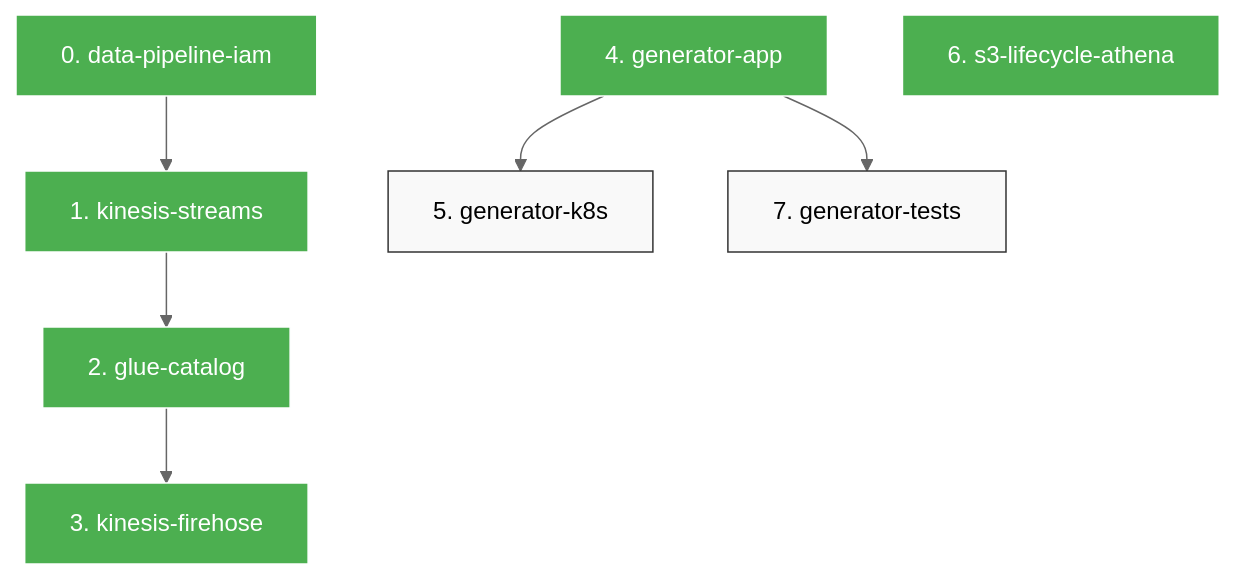
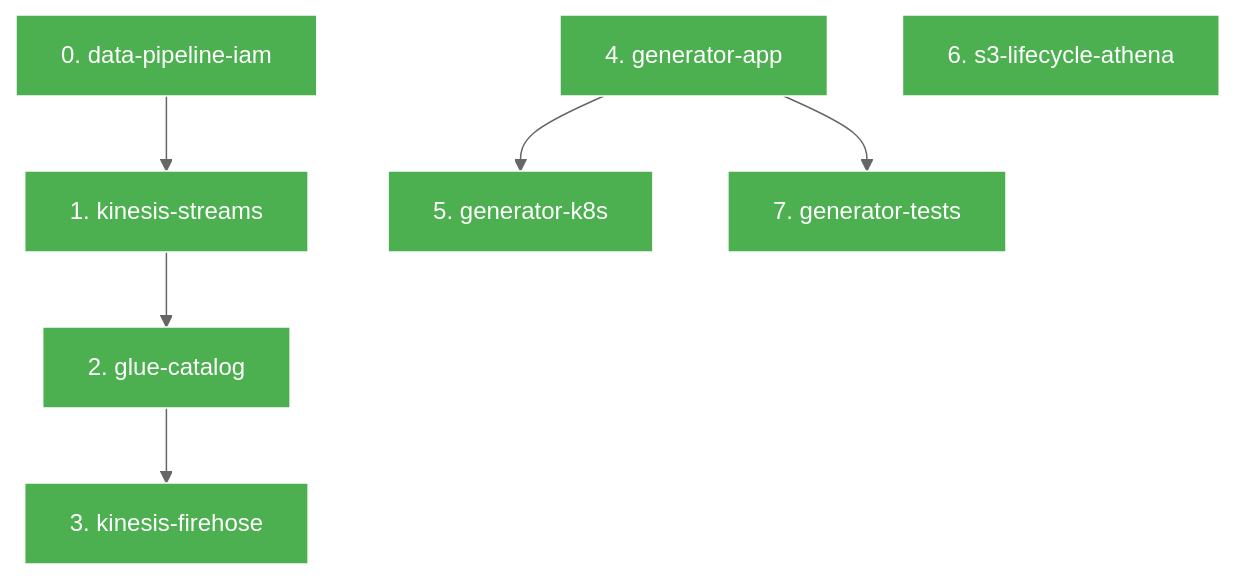
One commit to masondev1024/robot-data-pipeline changed the diagram in phases/1-ingestion/DAG.md. Above: the diagram before and after it, drawn with Mermaid (neutral theme). The commit also changed 2 other files, not shown here.

Commit message:
chore(1-ingestion): mark phase completed

````diff
--- a/phases/1-ingestion/DAG.md
+++ b/phases/1-ingestion/DAG.md
@@ -3,28 +3,28 @@
 ```mermaid
 graph TD
   classDef completed fill:#4CAF50,stroke:#fff,color:#fff;
   classDef pending fill:#f9f9f9,stroke:#333;
   classDef error fill:#f44336,stroke:#fff,color:#fff;
   classDef blocked fill:#FF9800,stroke:#fff,color:#fff;
   S0["0. data-pipeline-iam"]
   class S0 completed;
   S1["1. kinesis-streams"]
   class S1 completed;
   S0 --> S1
   S2["2. glue-catalog"]
   class S2 completed;
   S1 --> S2
   S3["3. kinesis-firehose"]
   class S3 completed;
   S2 --> S3
   S4["4. generator-app"]
   class S4 completed;
   S5["5. generator-k8s"]
-  class S5 pending;
+  class S5 completed;
   S4 --> S5
   S6["6. s3-lifecycle-athena"]
   class S6 completed;
   S7["7. generator-tests"]
-  class S7 pending;
+  class S7 completed;
   S4 --> S7
 ```
````
